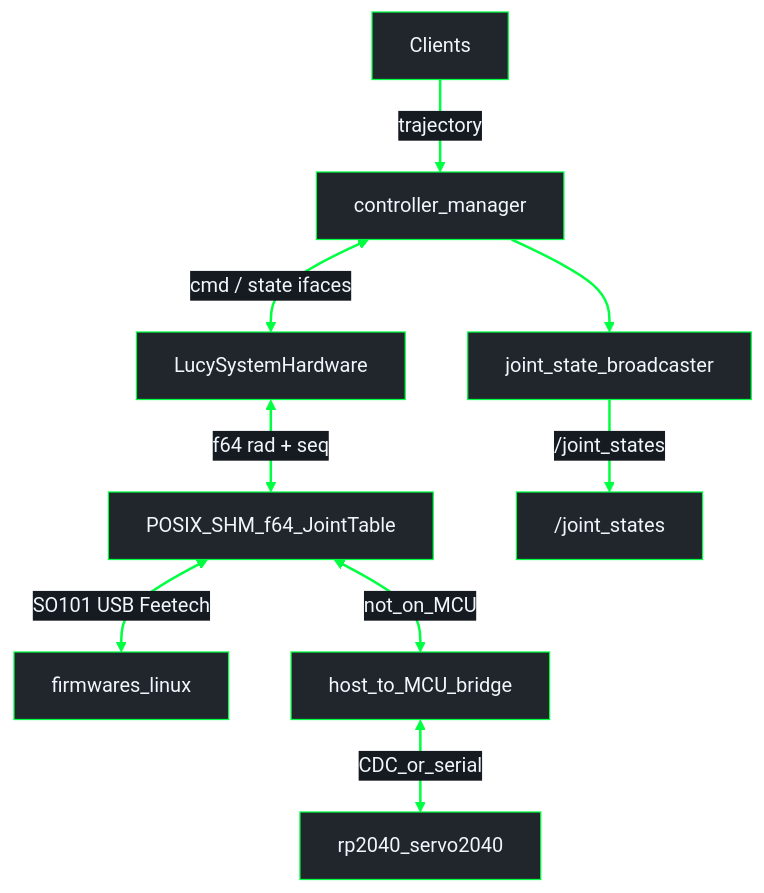
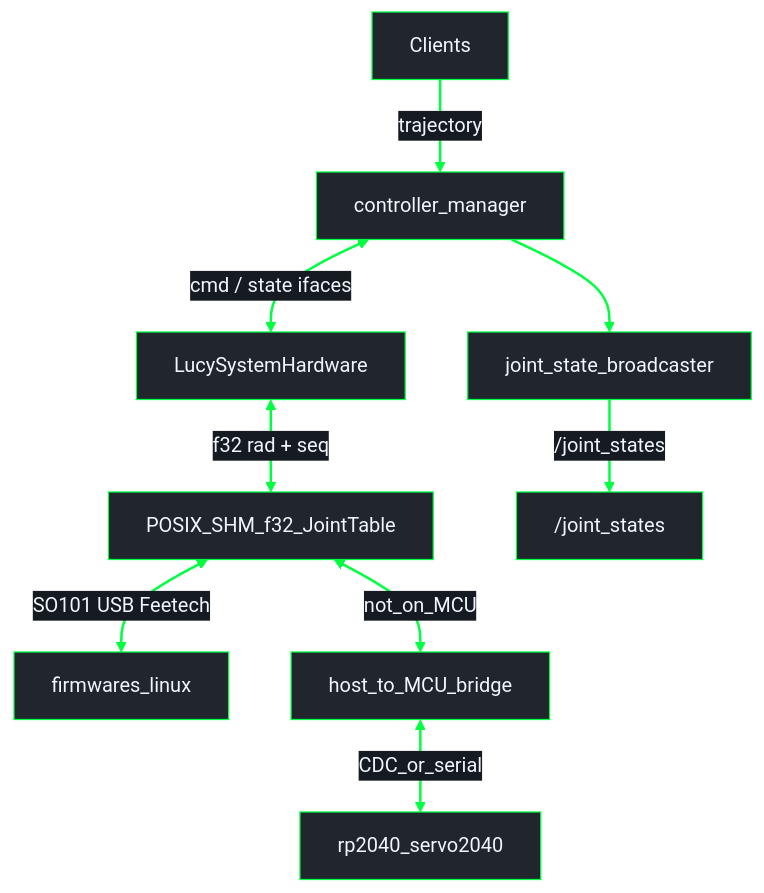
The second of 2 diagrams in docs/architecture/pipeline_shm.md (Lucy-Robotics/lucy_ros_packages), drawn with Mermaid before and after one commit. The commit also changed other lines of this file and 14 other files, not shown here.

Commit message:
evol(shm table): migrate to f32

````diff
--- a/docs/architecture/pipeline_shm.md
+++ b/docs/architecture/pipeline_shm.md
@@ -44,22 +44,22 @@
 ```mermaid
 %%{init: {"theme": "base", "themeVariables": {"darkMode": true, "background": "#0d1117", "mainBkg": "#21262d", "primaryColor": "#21262d", "primaryTextColor": "#f0f6fc", "primaryBorderColor": "#00FF41", "secondaryColor": "#161b22", "secondaryTextColor": "#f0f6fc", "secondaryBorderColor": "#00FF41", "tertiaryColor": "#161b22", "tertiaryTextColor": "#f0f6fc", "tertiaryBorderColor": "#00FF41", "lineColor": "#00FF41", "textColor": "#f0f6fc", "nodeTextColor": "#f0f6fc", "edgeLabelBackground": "#161b22", "clusterBkg": "#0d1117", "clusterBorder": "#00FF41", "titleColor": "#f0f6fc"}}}%%
 flowchart TB
   Clients["Clients"]
   CM["controller_manager"]
   HI["LucySystemHardware"]
-  SHM["POSIX_SHM_f64_JointTable"]
+  SHM["POSIX_SHM_f32_JointTable"]
   LinuxFW["firmwares_linux"]
   Bridge["host_to_MCU_bridge"]
   FW["rp2040_servo2040"]
   JS["joint_state_broadcaster"]
 
   Clients -->|"trajectory"| CM
   CM <-->|"cmd / state ifaces"| HI
   CM --> JS
   JS -->|"/joint_states"| Topic["/joint_states"]
-  HI <-->|"f64 rad + seq"| SHM
+  HI <-->|"f32 rad + seq"| SHM
   SHM <-->|"SO101 USB Feetech"| LinuxFW
   SHM <-->|"not_on_MCU"| Bridge
   Bridge <-->|"CDC_or_serial"| FW
   linkStyle default stroke:#00FF41,stroke-width:2px
 ```
````
